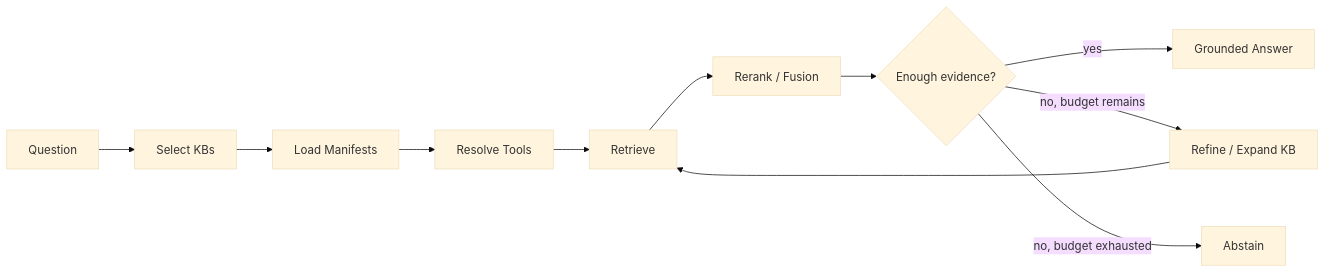
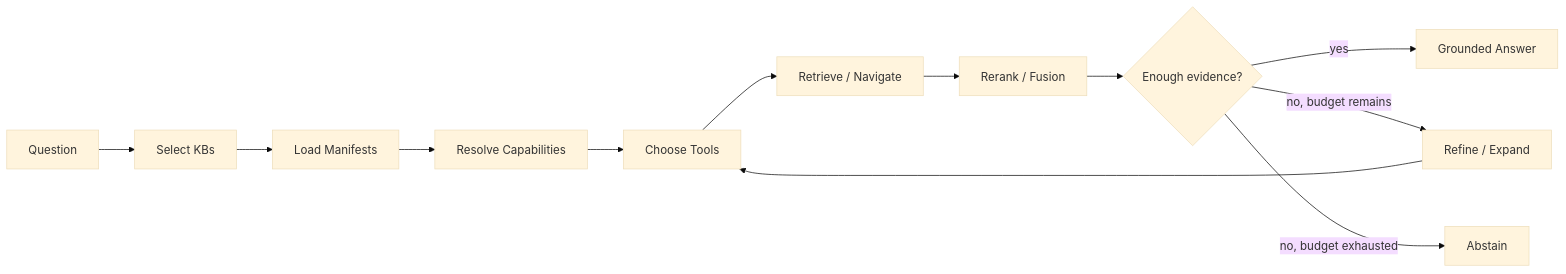
The fourth of 4 diagrams in README.md (ferryhe/agentic-kb-chat), drawn with Mermaid (base theme) before and after one commit. The commit also changed other lines of this file, not shown here.

Commit message:
Expand Layer 2 into pluggable KB asset families

````diff
--- a/README.md
+++ b/README.md
@@ -301,18 +604,19 @@
 ```mermaid
 flowchart LR
     Q[Question]
     ROUTE[Select KBs]
     M[Load Manifests]
-    CAP[Resolve Tools]
-    RET[Retrieve]
+    CAP[Resolve Capabilities]
+    PLAN[Choose Tools]
+    RET[Retrieve / Navigate]
     RR[Rerank / Fusion]
     SUF{Enough evidence?}
-    RETRY[Refine / Expand KB]
+    RETRY[Refine / Expand]
     ANS[Grounded Answer]
     ABS[Abstain]
 
-    Q --> ROUTE --> M --> CAP --> RET --> RR --> SUF
+    Q --> ROUTE --> M --> CAP --> PLAN --> RET --> RR --> SUF
     SUF -->|yes| ANS
-    SUF -->|no, budget remains| RETRY --> RET
+    SUF -->|no, budget remains| RETRY --> PLAN
     SUF -->|no, budget exhausted| ABS
 ```
````
